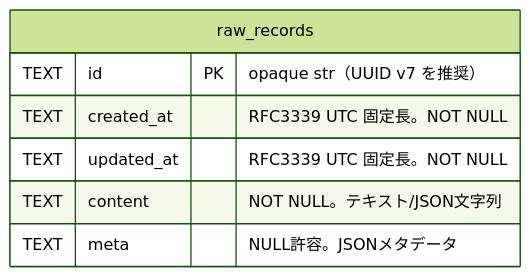
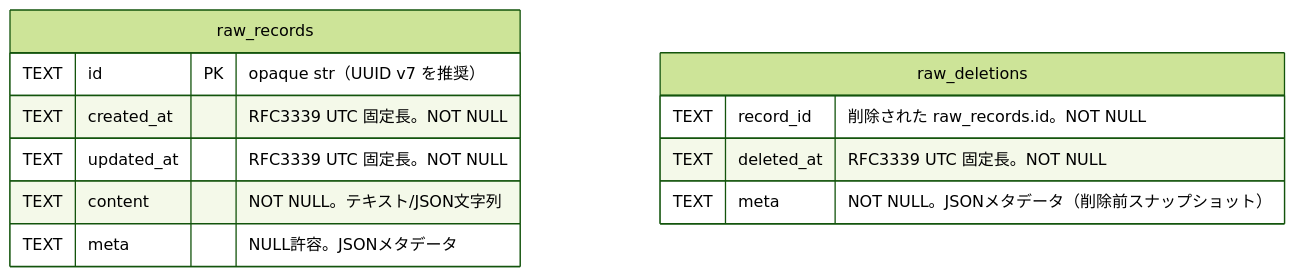
Before and after one commit to mkXultra/konkondb: the diagram in docs/design/03_data_model.md, drawn with Mermaid (forest theme). The commit also changed other lines of this file and 11 other files, not shown here.

````diff
--- a/docs/design/03_data_model.md
+++ b/docs/design/03_data_model.md
@@ -49,10 +49,15 @@
 ```mermaid
 erDiagram
     raw_records {
         TEXT id PK "opaque str（UUID v7 を推奨）"
         TEXT created_at "RFC3339 UTC 固定長。NOT NULL"
         TEXT updated_at "RFC3339 UTC 固定長。NOT NULL"
         TEXT content "NOT NULL。テキスト/JSON文字列"
         TEXT meta "NULL許容。JSONメタデータ"
     }
+    raw_deletions {
+        TEXT record_id "削除された raw_records.id。NOT NULL"
+        TEXT deleted_at "RFC3339 UTC 固定長。NOT NULL"
+        TEXT meta "NOT NULL。JSONメタデータ（削除前スナップショット）"
+    }
 ```
````
